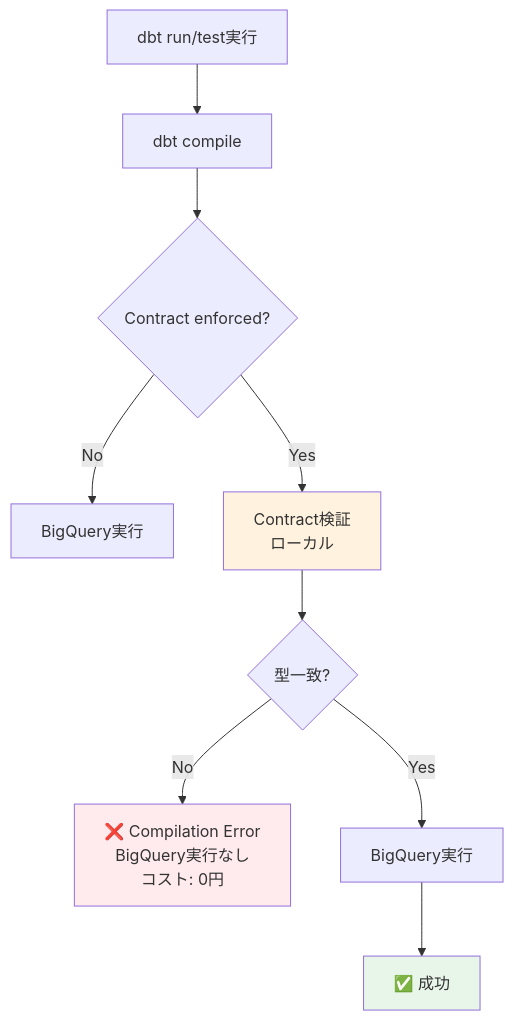
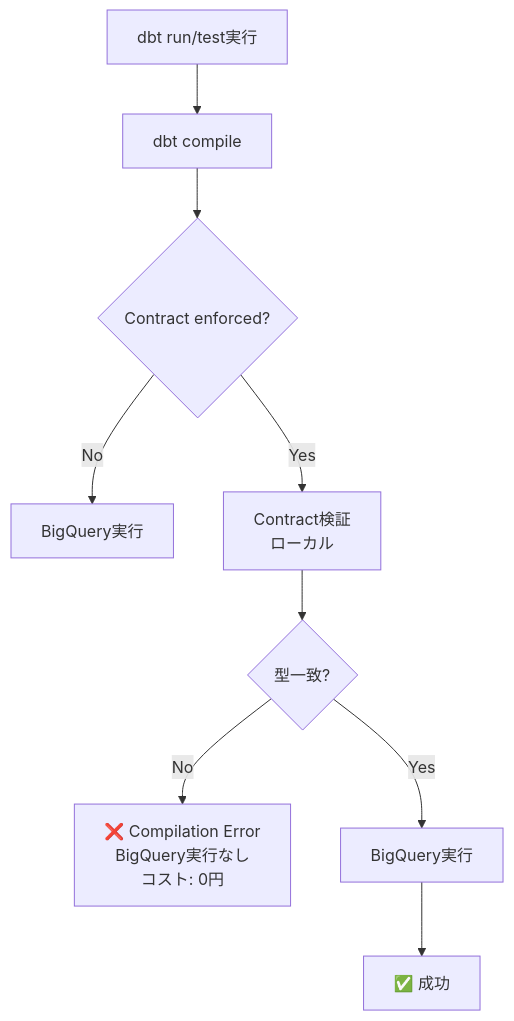
One commit to 1210yuichi0/1210yuichi0.github.io changed the third of 7 diagrams in content/Tech/dbt/features/contracts-config.md. Above: the diagram before and after it, drawn with Mermaid. The commit also changed other lines of this file and 22 other files, not shown here.

First line of the commit message:
style: remove Mermaid style directives for dark mode compatibility

````diff
--- a/content/Tech/dbt/features/contracts-config.md
+++ b/content/Tech/dbt/features/contracts-config.md
@@ -868,16 +863,13 @@
 ```mermaid
 flowchart TD
     A[dbt run/test実行] --> B[dbt compile]
     B --> C{Contract enforced?}
     C -->|No| D[BigQuery実行]
     C -->|Yes| E[Contract検証<br/>ローカル]
 
     E --> F{型一致?}
     F -->|No| G[❌ Compilation Error<br/>BigQuery実行なし<br/>コスト: 0円]
     F -->|Yes| H[BigQuery実行]
     H --> I[✅ 成功]
 
-    style G fill:#ffebee
-    style I fill:#e8f5e9
-    style E fill:#fff3e0
 ```
````
